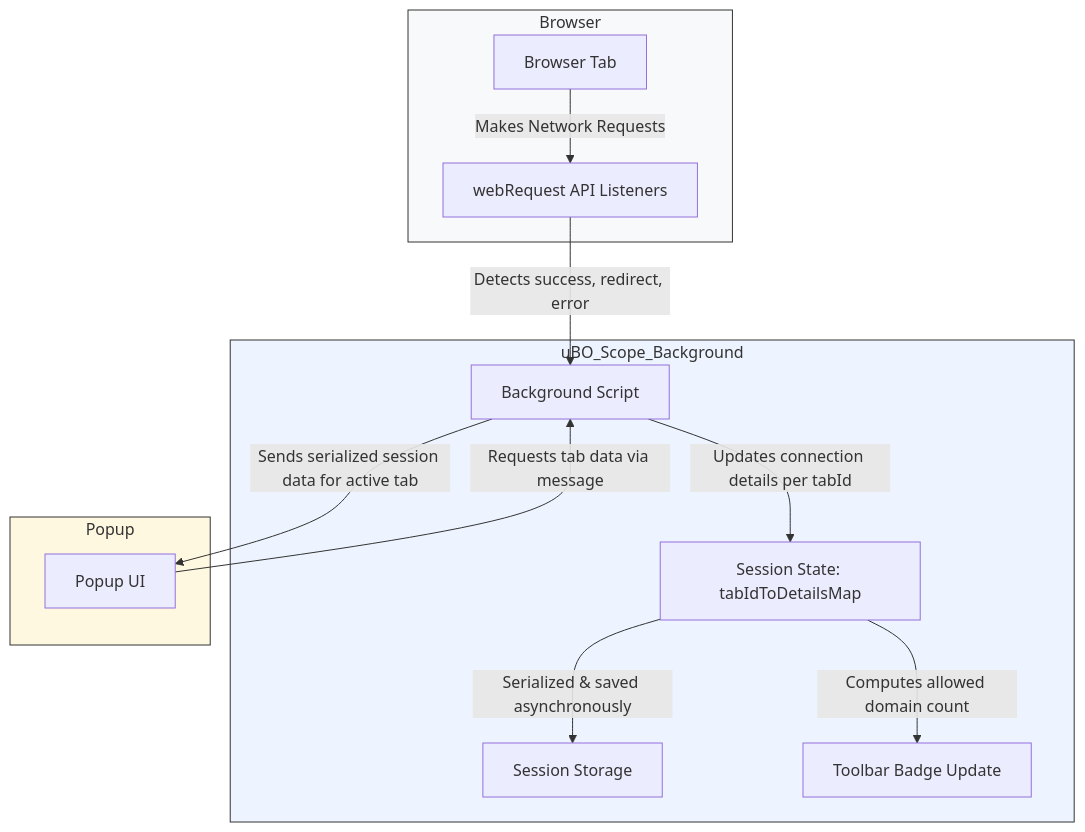
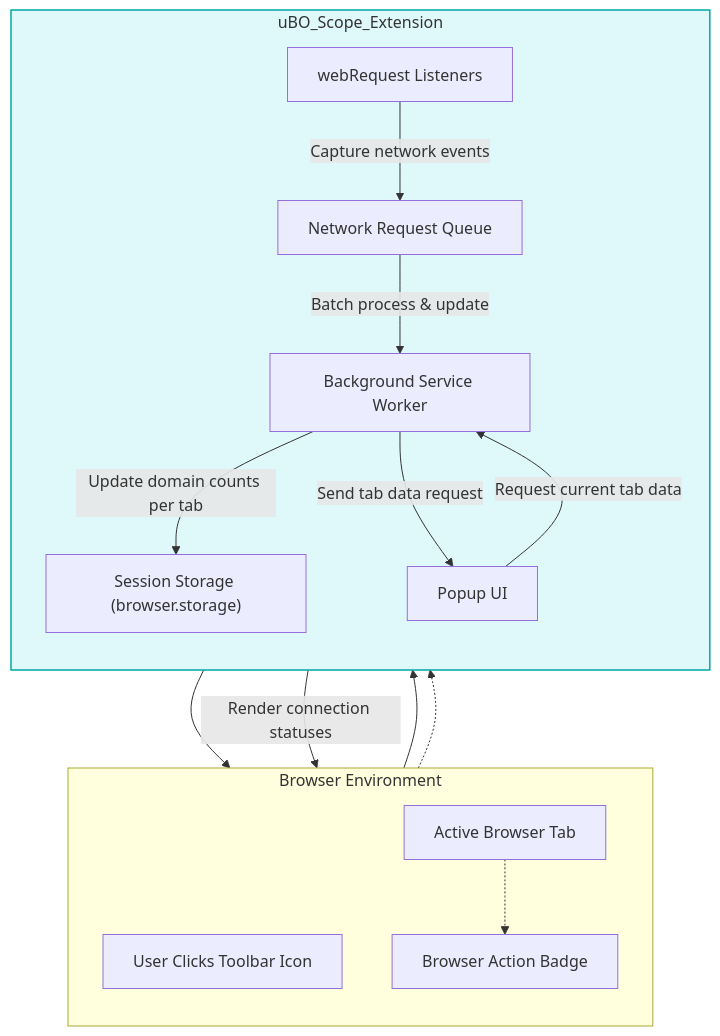
The diagram in overview/core-concepts-architecture/architecture-overview.mdx (clidey/docucod-public-project-adf15a81-508f-4f0d-9083-12549e1f66a0), drawn with Mermaid before and after one commit. The commit also changed other lines of this file and 18 other files, not shown here.

````diff
--- a/overview/core-concepts-architecture/architecture-overview.mdx
+++ b/overview/core-concepts-architecture/architecture-overview.mdx
@@ -83,28 +72,38 @@
 ```mermaid
 flowchart TD
-    subgraph Browser
-        TAB["Browser Tab"]
-        WEBREQUEST["webRequest API Listeners"]
-    end
-    subgraph uBO_Scope_Background
-        BG["Background Script"]
-        SESSION["Session State: tabIdToDetailsMap"]
-        STORAGE["Session Storage"]
-        BADGE["Toolbar Badge Update"]
-    end
-    subgraph Popup
-        UI["Popup UI"]
-    end
 
-    TAB -->|Makes Network Requests| WEBREQUEST
-    WEBREQUEST -->|Detects success, redirect, error| BG
-    BG -->|Updates connection details per tabId| SESSION
-    SESSION -->|Serialized & saved asynchronously| STORAGE
-    SESSION -->|Computes allowed domain count| BADGE
-    UI -->|Requests tab data via message| BG
-    BG -->|Sends serialized session data for active tab| UI
+  subgraph Browser Environment
+    direction TB
+    User["User Clicks Toolbar Icon"]
+    Tab["Active Browser Tab"]
+    Badge["Browser Action Badge"]
+  end
 
-    style Browser fill:#f8f9fa,stroke:#333,stroke-width:1px
-    style uBO_Scope_Background fill:#eef4ff,stroke:#333,stroke-width:1px
-    style Popup fill:#fff8e1,stroke:#333,stroke-width:1px
+  subgraph uBO_Scope_Extension
+    direction TB
+
+    SW["Background Service Worker"]
+    WebReqListener["webRequest Listeners"]
+    NetworkQueue["Network Request Queue"]
+    SessionStorage["Session Storage (browser.storage)"]
+    PopupUI["Popup UI"]
+  end
+
+  User --> PopupUI
+  Tab -.-> WebReqListener
+  Tab -.-> Badge
+  WebReqListener -->|Capture network events| NetworkQueue
+  NetworkQueue -->|Batch process & update| SW
+  SW -->|Update domain counts per tab| SessionStorage
+  SW -->|Send tab data request| PopupUI
+  SW --> Badge
+  PopupUI -->|Request current tab data| SW
+  PopupUI -->|Render connection statuses| User
+
+  %% Styling for clarity
+  classDef ext fill:#dff9fb,stroke:#00a9a5,stroke-width:1.5px
+  class uBO_Scope_Extension ext
+
+  classDef browser fill:#f0f3bd,stroke:#a6c84c,stroke-width:1.5px
+  class Browser_Environment browser
 ```
````
